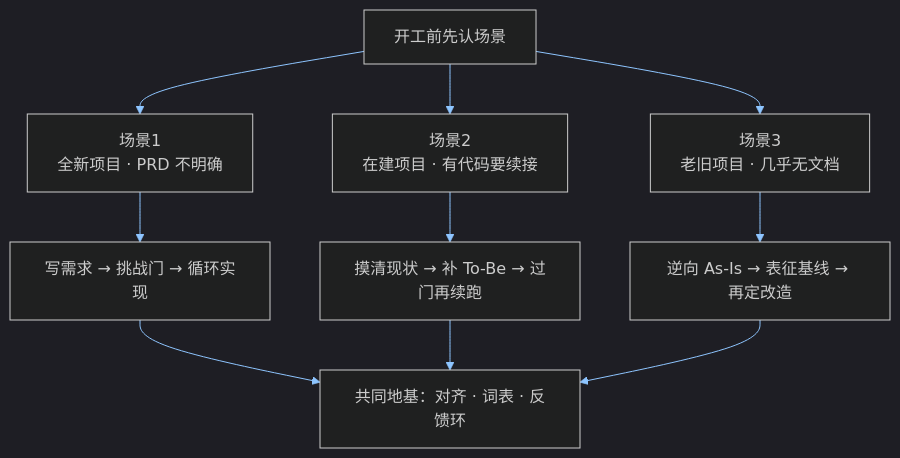
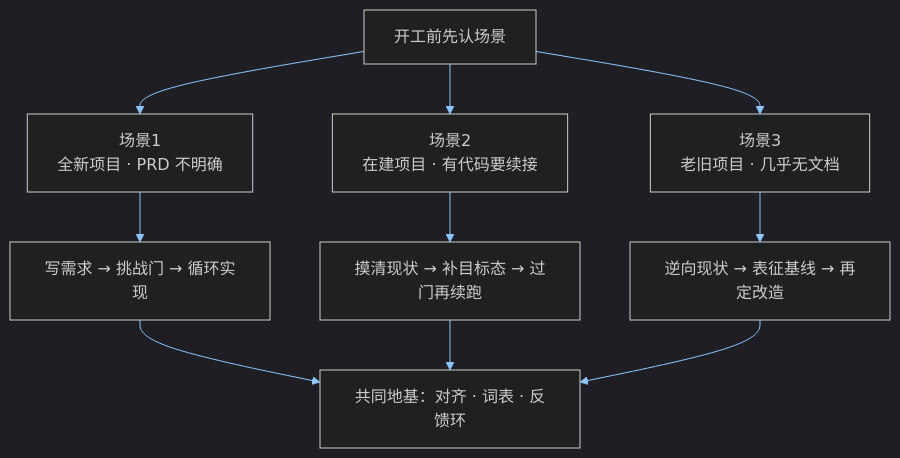
One commit to ballmaK/prd-build-loop-skills changed the diagram in docs/training/phase-1-matt-theory/OUTLINE.md. Above: the diagram before and after it, drawn with Mermaid. The commit also changed other lines of this file and 4 other files, not shown here.

````diff
--- a/docs/training/phase-1-matt-theory/OUTLINE.md
+++ b/docs/training/phase-1-matt-theory/OUTLINE.md
@@ -8,13 +19,13 @@
 ```mermaid
 %%{init: {'theme':'dark','themeVariables': {'primaryColor':'#1e3a5f','primaryTextColor':'#e8f0ff','primaryBorderColor':'#5b9fd4','lineColor':'#8ec5ff','secondaryColor':'#2d1f4e','tertiaryColor':'#1a3329'}}}%%
 flowchart TB
   Start["开工前先认场景"] --> S1["场景1<br/>全新项目 · PRD 不明确"]
   Start --> S2["场景2<br/>在建项目 · 有代码要续接"]
   Start --> S3["场景3<br/>老旧项目 · 几乎无文档"]
   S1 --> P1["写需求 → 挑战门 → 循环实现"]
-  S2 --> P2["摸清现状 → 补 To-Be → 过门再续跑"]
-  S3 --> P3["逆向 As-Is → 表征基线 → 再定改造"]
+  S2 --> P2["摸清现状 → 补目标态 → 过门再续跑"]
+  S3 --> P3["逆向现状 → 表征基线 → 再定改造"]
   P1 --> Base["共同地基：对齐 · 词表 · 反馈环"]
   P2 --> Base
   P3 --> Base
 ```
````
